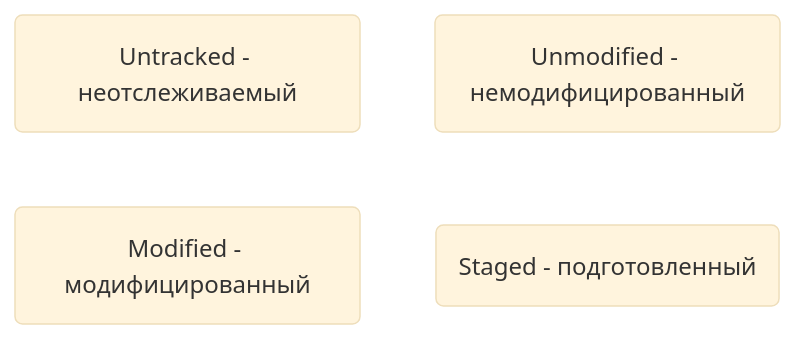
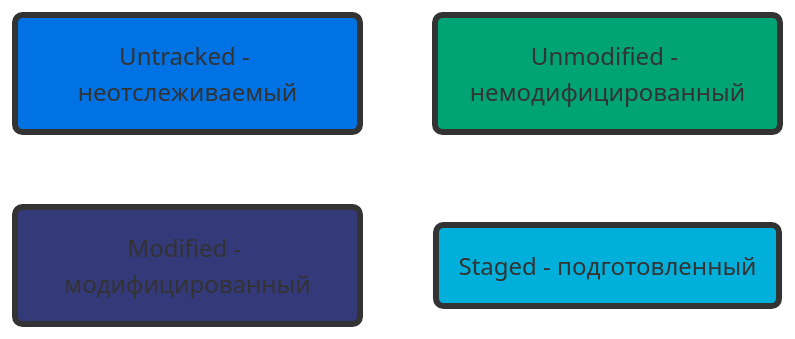
One commit to zohidulla/training-skills changed the second of 2 diagrams in Udemy/Git/README.md. Above: the diagram before and after it, drawn with Mermaid (base theme). The commit also changed other lines of this file, not shown here.

````diff
--- a/Udemy/Git/README.md
+++ b/Udemy/Git/README.md
@@ -76,5 +76,9 @@
 ```mermaid
 flowchart LR
     id1(Untracked - неотслеживаемый) ~~~ id2(Unmodified - немодифицированный)
     id3(Modified - модифицированный) ~~~ id4(Staged - подготовленный)
+    style id1 fill:#0072E3,stroke:#333,stroke-width:4px
+    style id2 fill:#00A374,stroke:#333,stroke-width:4px
+    style id3 fill:#34397A,stroke:#333,stroke-width:4px
+    style id4 fill:#00B0DB,stroke:#333,stroke-width:4px
 ```
````
